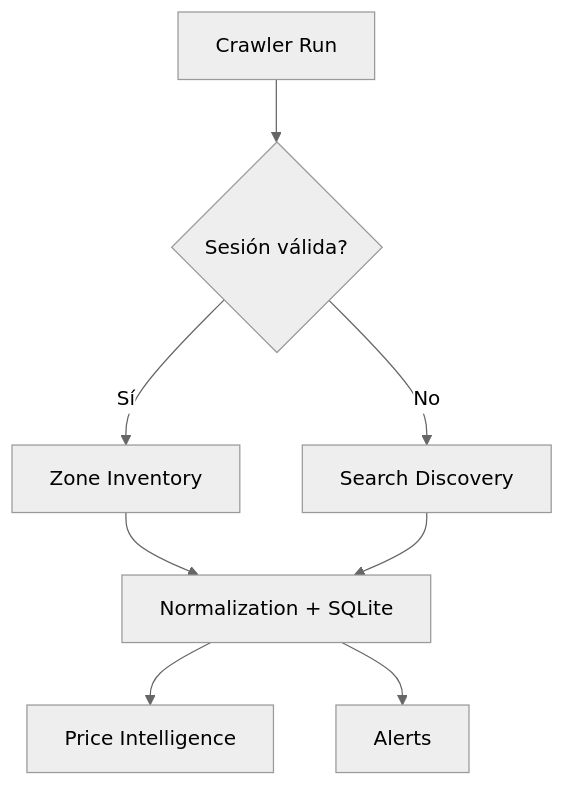
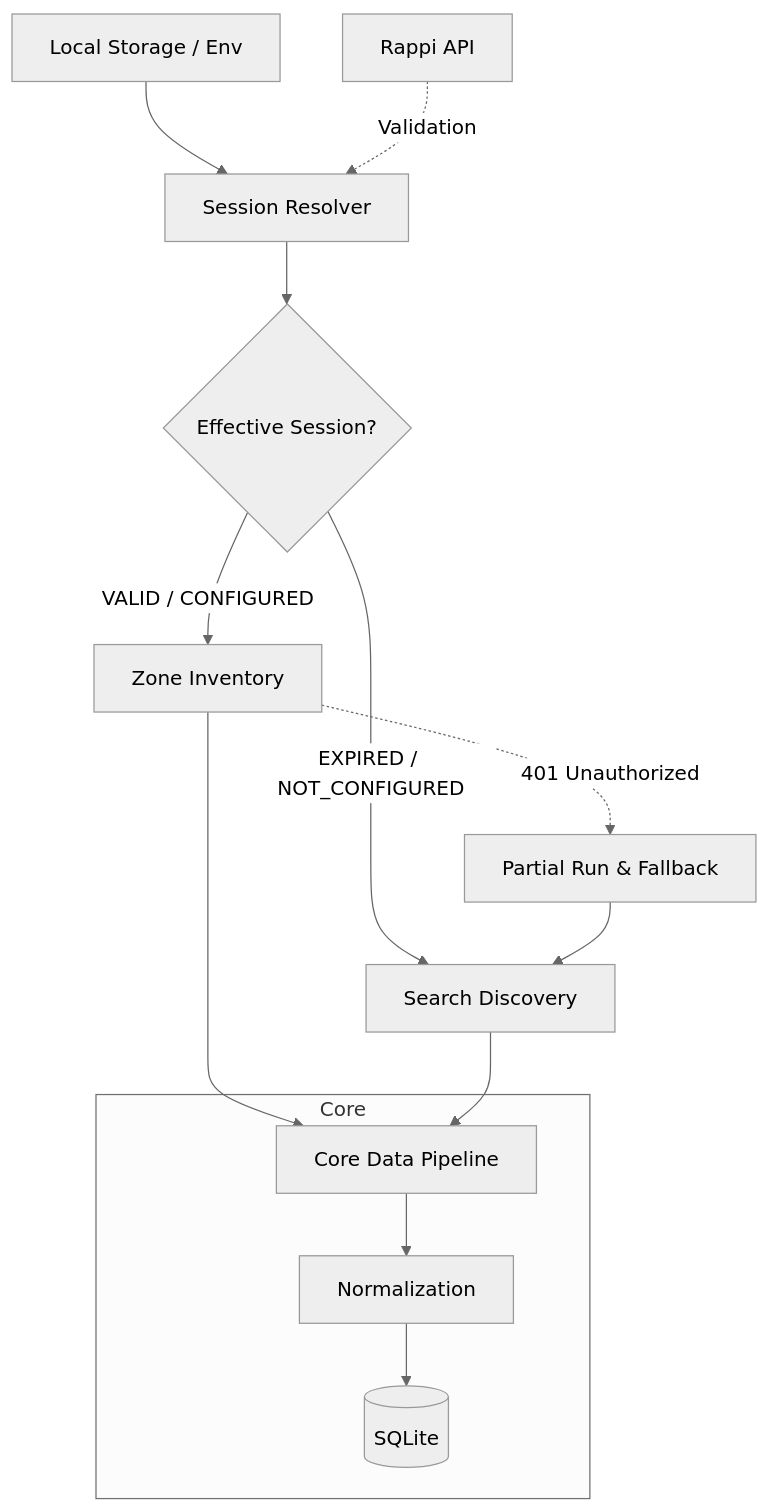
One commit to yorologo/DealHunter changed the third of 3 diagrams in docs/architecture.md. Above: the diagram before and after it, drawn with Mermaid (neutral theme). The commit also changed other lines of this file and 4 other files, not shown here.

````diff
--- a/docs/architecture.md
+++ b/docs/architecture.md
@@ -62,16 +62,21 @@
 ```mermaid
 flowchart TD
-    START[Crawler Run]
-    SESSION{Sesión válida?}
+    CONFIG[Local Storage / Env] --> RESOLVER
+    NETWORK[Rappi API] -. Validation .-> RESOLVER
+    
+    RESOLVER[Session Resolver] --> EFFECTIVE{Effective Session?}
+    
+    EFFECTIVE -- "VALID / CONFIGURED" --> ZONE[Zone Inventory]
+    EFFECTIVE -- "EXPIRED / NOT_CONFIGURED" --> SEARCH[Search Discovery]
 
-    START --> SESSION
+    ZONE -.->|401 Unauthorized| FALLBACK[Partial Run & Fallback]
+    FALLBACK --> SEARCH
 
-    SESSION -- Sí --> ZONE[Zone Inventory]
-    SESSION -- No --> SEARCH[Search Discovery]
-
-    ZONE --> CORE[Normalization + SQLite]
+    ZONE --> CORE[Core Data Pipeline]
     SEARCH --> CORE
 
-    CORE --> PI[Price Intelligence]
-    CORE --> ALERTS[Alerts]
+    subgraph Core
+    CORE --> NORM[Normalization]
+    NORM --> DB[(SQLite)]
+    end
 ```
````
